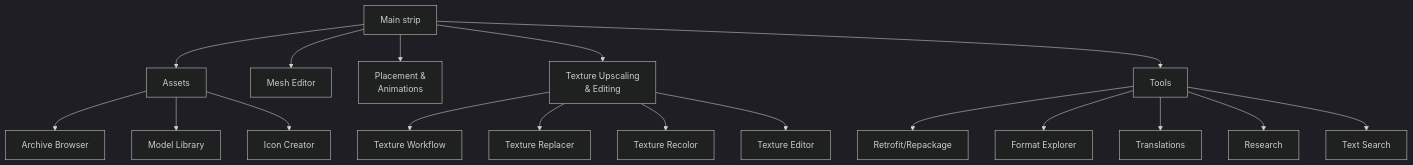
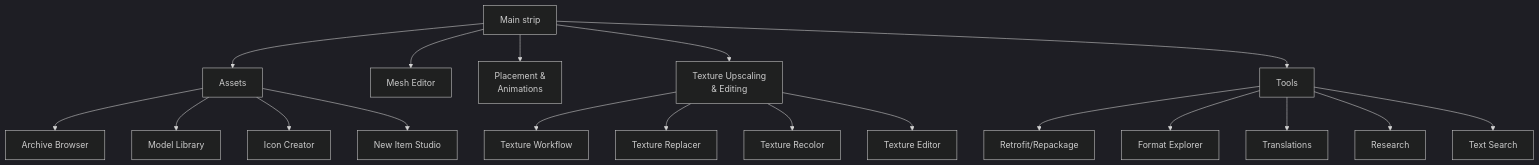
The first of 5 diagrams in README.md (Ratty123/CDMW-Full), drawn with Mermaid (dark theme) before and after one commit. The commit also changed other lines of this file and 39 other files, not shown here.

````diff
--- a/README.md
+++ b/README.md
@@ -53,28 +54,29 @@
 ```mermaid
 flowchart TD
     MAIN["Main strip"]
     A["Assets"]
     M["Mesh Editor"]
     P["Placement &<br/>Animations"]
     T["Texture Upscaling<br/>& Editing"]
     O["Tools"]
 
     MAIN --> A
     MAIN --> M
     MAIN --> P
     MAIN --> T
     MAIN --> O
 
     A --> A1["Archive Browser"]
     A --> A2["Model Library"]
     A --> A3["Icon Creator"]
+    A --> A4["New Item Studio"]
     T --> T1["Texture Workflow"]
     T --> T2["Texture Replacer"]
     T --> T3["Texture Recolor"]
     T --> T4["Texture Editor"]
     O --> O1["Retrofit/Repackage"]
     O --> O2["Format Explorer"]
     O --> O3["Translations"]
     O --> O4["Research"]
     O --> O5["Text Search"]
 ```
````
